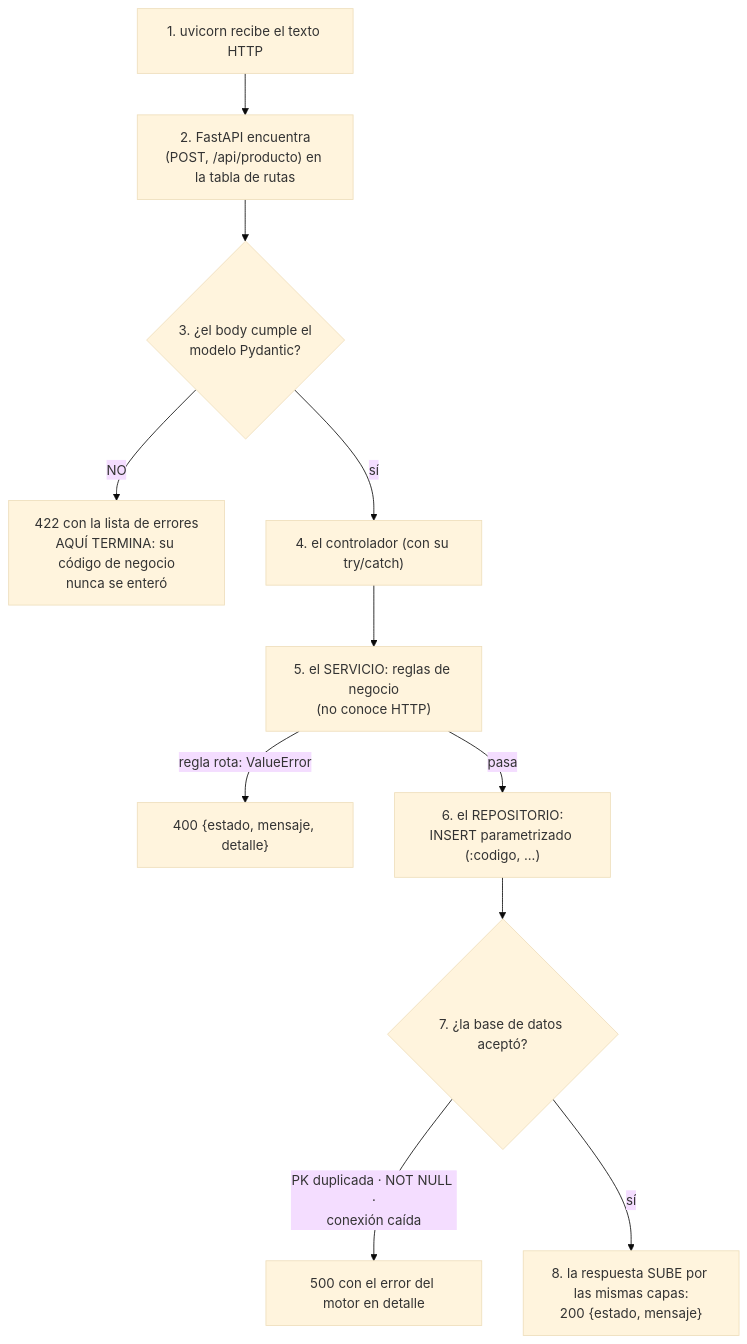
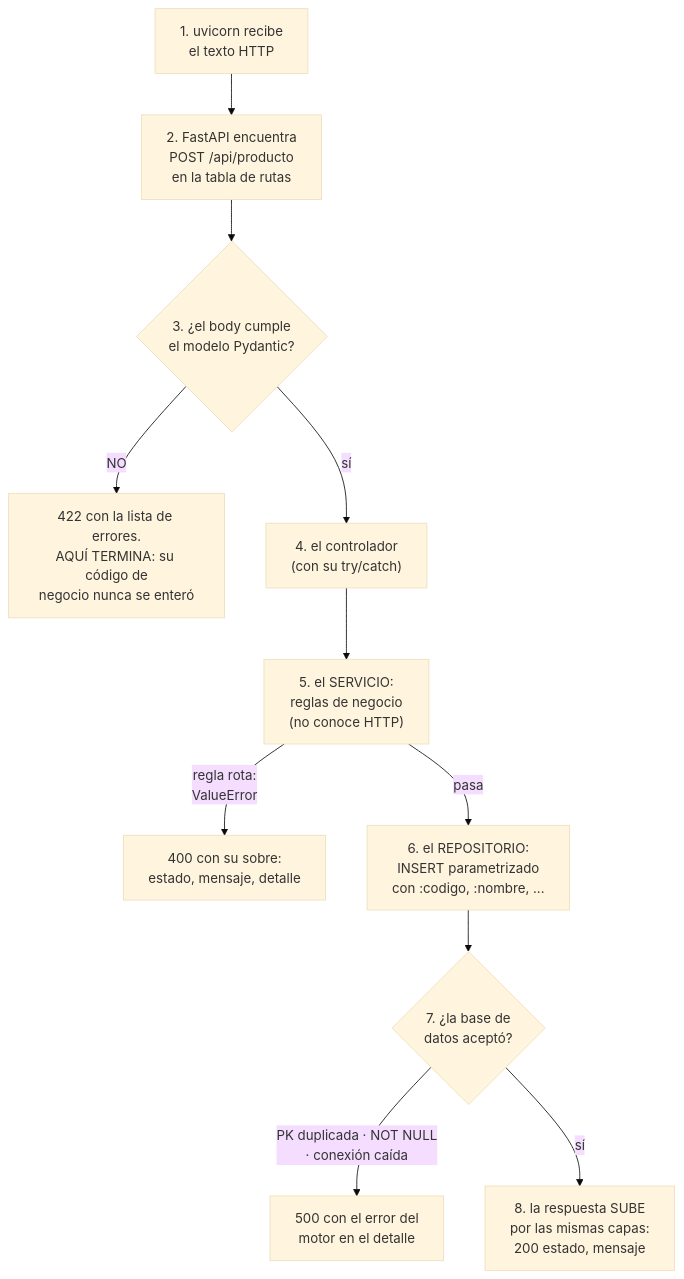
The first of 2 diagrams in docs/FLUJO_DE_UNA_PETICION.md (ccastro2050/proyecto_paradigmas4), drawn with Mermaid (base theme) before and after one commit. The commit also changed other lines of this file, not shown here.

Commit message:
FLUJO_DE_UNA_PETICION: diagramas regenerados con renglones cortos y sin corchetes/llaves en las etiquetas — GitHub recortaba el texto de las cajas

````diff
--- a/docs/FLUJO_DE_UNA_PETICION.md
+++ b/docs/FLUJO_DE_UNA_PETICION.md
@@ -116,13 +116,13 @@
 ```mermaid
 flowchart TD
-    A["1. uvicorn recibe el texto HTTP"] --> B["2. FastAPI encuentra<br/>(POST, /api/producto) en la tabla de rutas"]
-    B --> C{"3. ¿el body cumple el<br/>modelo Pydantic?"}
-    C -->|"NO"| E422["422 con la lista de errores<br/>AQUÍ TERMINA: su código de negocio<br/>nunca se enteró"]
-    C -->|"sí"| D["4. el controlador (con su try/catch)"]
-    D --> E["5. el SERVICIO: reglas de negocio<br/>(no conoce HTTP)"]
-    E -->|"regla rota: ValueError"| E400["400 {estado, mensaje, detalle}"]
-    E -->|"pasa"| F["6. el REPOSITORIO:<br/>INSERT parametrizado (:codigo, ...)"]
-    F --> G{"7. ¿la base de datos aceptó?"}
-    G -->|"PK duplicada · NOT NULL ·<br/>conexión caída"| E500["500 con el error del motor en detalle"]
-    G -->|"sí"| OK["8. la respuesta SUBE por las mismas capas:<br/>200 {estado, mensaje}"]
+    A["1. uvicorn recibe<br/>el texto HTTP"] --> B["2. FastAPI encuentra<br/>POST /api/producto<br/>en la tabla de rutas"]
+    B --> C{"3. ¿el body cumple<br/>el modelo Pydantic?"}
+    C -->|"NO"| E422["422 con la lista de errores.<br/>AQUÍ TERMINA: su código de<br/>negocio nunca se enteró"]
+    C -->|"sí"| D["4. el controlador<br/>(con su try/catch)"]
+    D --> E["5. el SERVICIO:<br/>reglas de negocio<br/>(no conoce HTTP)"]
+    E -->|"regla rota:<br/>ValueError"| E400["400 con su sobre:<br/>estado, mensaje, detalle"]
+    E -->|"pasa"| F["6. el REPOSITORIO:<br/>INSERT parametrizado<br/>con :codigo, :nombre, ..."]
+    F --> G{"7. ¿la base de<br/>datos aceptó?"}
+    G -->|"PK duplicada · NOT NULL<br/>· conexión caída"| E500["500 con el error del<br/>motor en el detalle"]
+    G -->|"sí"| OK["8. la respuesta SUBE<br/>por las mismas capas:<br/>200 estado, mensaje"]
 ```
````
